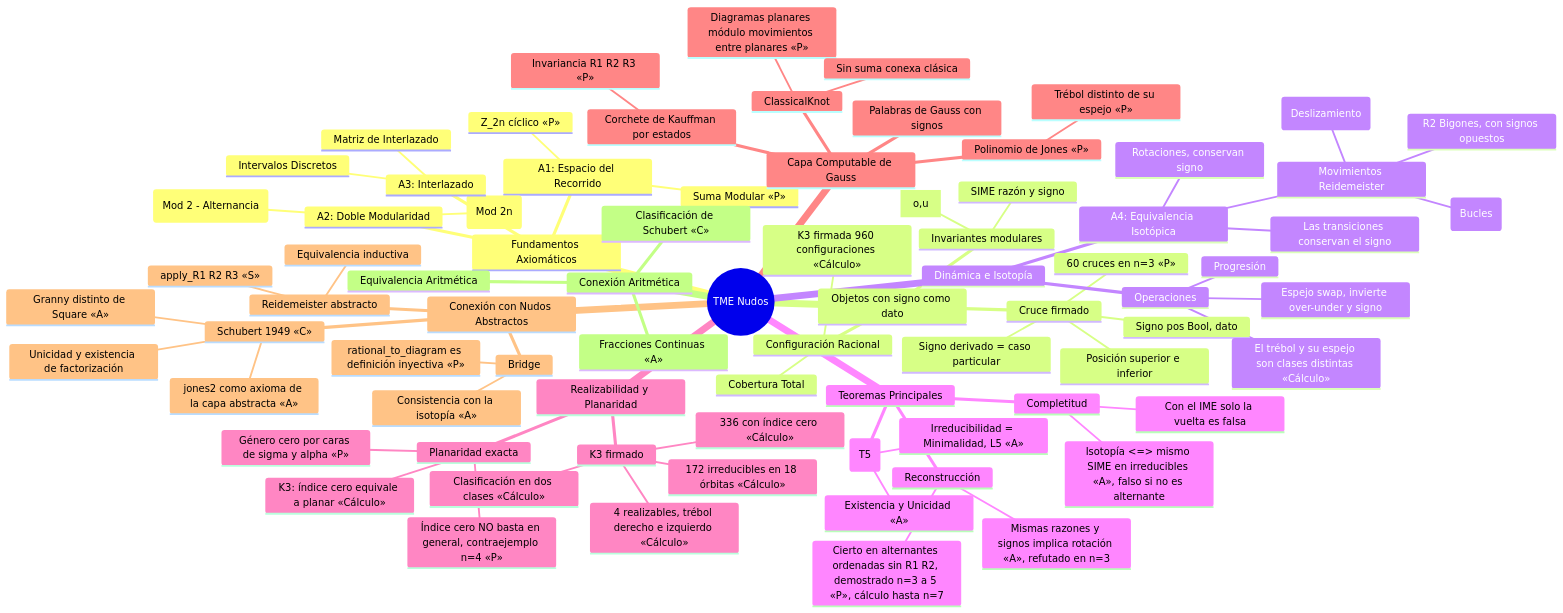
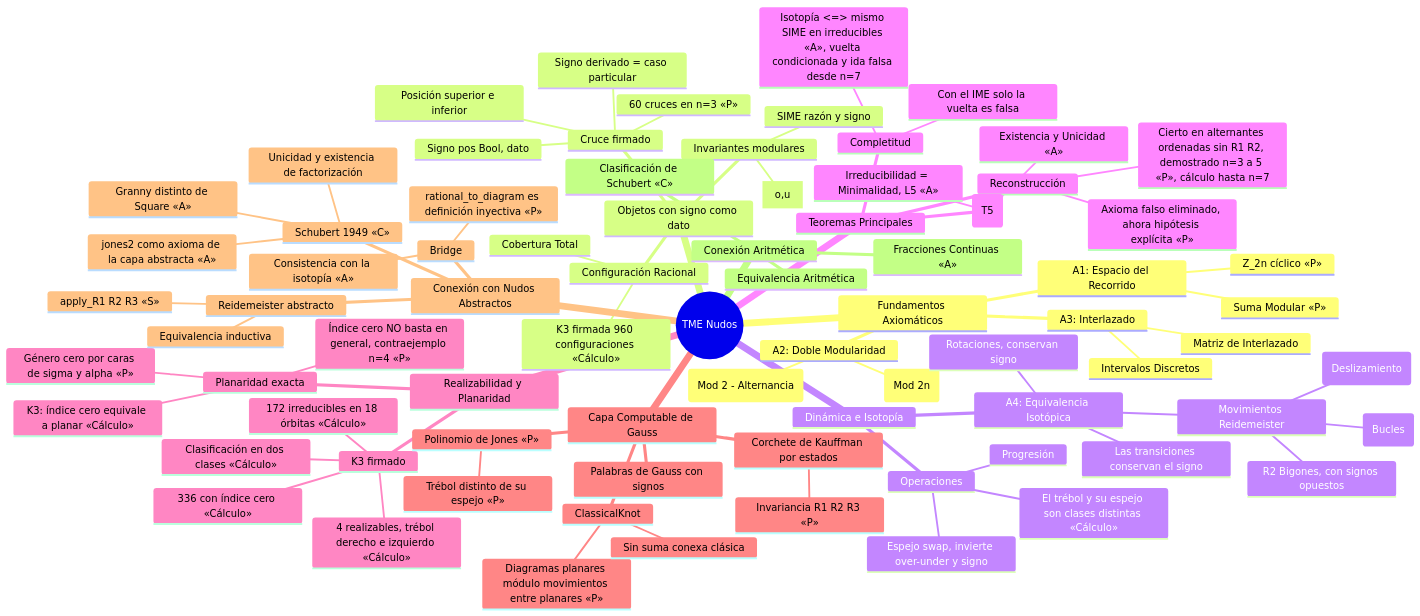
The diagram in MapaMental_TME.md (PabloeCancino/TME_Nudos), drawn with Mermaid before and after one commit. The commit also changed other lines of this file and 6 other files, not shown here.

First line of the commit message:
feat(basic): fase 3, elimina el axioma falso reconstruct_from_first; sondas 19 y 19b (A7 falso con isotopia fiel)

````diff
--- a/MapaMental_TME.md
+++ b/MapaMental_TME.md
@@ -9,82 +9,82 @@
 ```mermaid
 mindmap
   root((TME Nudos))
     Fundamentos Axiomáticos
       A1: Espacio del Recorrido
         Z_2n cíclico «P»
         Suma Modular «P»
       A2: Doble Modularidad
         Trayectoria (Mod 2n)
         Nivel (Mod 2 - Alternancia)
       A3: Interlazado
         Intervalos Discretos
         Matriz de Interlazado
     Objetos con signo como dato
       Cruce firmado
         Posición superior e inferior
         Signo pos Bool, dato
         60 cruces en n=3 «P»
         Signo derivado = caso particular
       Configuración Racional
         Cobertura Total
         K3 firmada 960 configuraciones «Cálculo»
       Invariantes modulares
         IME Razón Modular [o,u]
         SIME razón y signo
     Dinámica e Isotopía
       A4: Equivalencia Isotópica
         Movimientos Reidemeister
           R1 (Bucles)
           R2 Bigones, con signos opuestos
           R3 (Deslizamiento)
         Las transiciones conservan el signo
         Rotaciones, conservan signo
       Operaciones
         Espejo swap, invierte over-under y signo
         El trébol y su espejo son clases distintas «Cálculo»
         Progresión
     Teoremas Principales
       Reconstrucción
-        Mismas razones y signos implica rotación «A», refutado en n=3
+        Axioma falso eliminado, ahora hipótesis explícita «P»
         Cierto en alternantes ordenadas sin R1 R2, demostrado n=3 a 5 «P», cálculo hasta n=7
       Forma Normal (T5)
         Existencia y Unicidad «A»
         Irreducibilidad = Minimalidad, L5 «A»
       Completitud
-        Isotopía <=> mismo SIME en irreducibles «A», falso si no es alternante
+        Isotopía <=> mismo SIME en irreducibles «A», vuelta condicionada y ida falsa desde n=7
         Con el IME solo la vuelta es falsa
     Realizabilidad y Planaridad
       K3 firmado
         172 irreducibles en 18 órbitas «Cálculo»
         336 con índice cero «Cálculo»
         4 realizables, trébol derecho e izquierdo «Cálculo»
         Clasificación en dos clases «Cálculo»
       Planaridad exacta
         Género cero por caras de sigma y alpha «P»
         K3: índice cero equivale a planar «Cálculo»
         Índice cero NO basta en general, contraejemplo n=4 «P»
     Capa Computable de Gauss
       Palabras de Gauss con signos
       Corchete de Kauffman por estados
         Invariancia R1 R2 R3 «P»
       Polinomio de Jones «P»
         Trébol distinto de su espejo «P»
       ClassicalKnot
         Diagramas planares módulo movimientos entre planares «P»
         Sin suma conexa clásica
     Conexión con Nudos Abstractos
       Schubert 1949 «C»
         Unicidad y existencia de factorización
         jones2 como axioma de la capa abstracta «A»
         Granny distinto de Square «A»
       Bridge
         rational_to_diagram es definición inyectiva «P»
         Consistencia con la isotopía «A»
       Reidemeister abstracto
         Equivalencia inductiva
         apply_R1 R2 R3 «S»
     Conexión Aritmética
       Fracciones Continuas «A»
       Clasificación de Schubert «C»
       Equivalencia Aritmética
 ```
````
